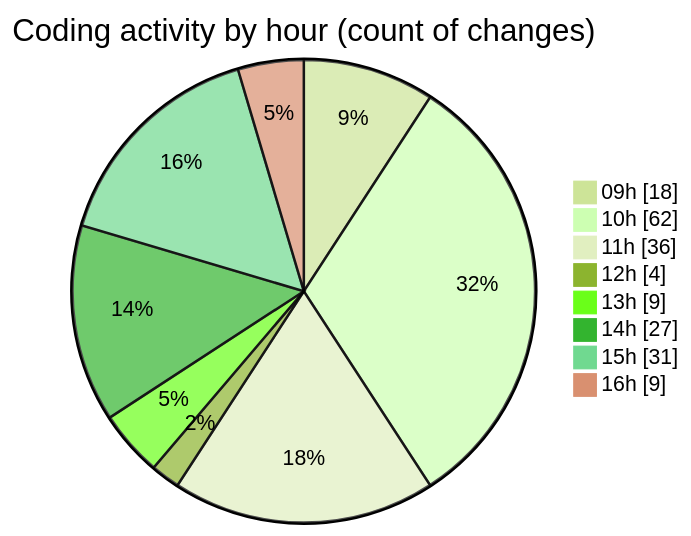
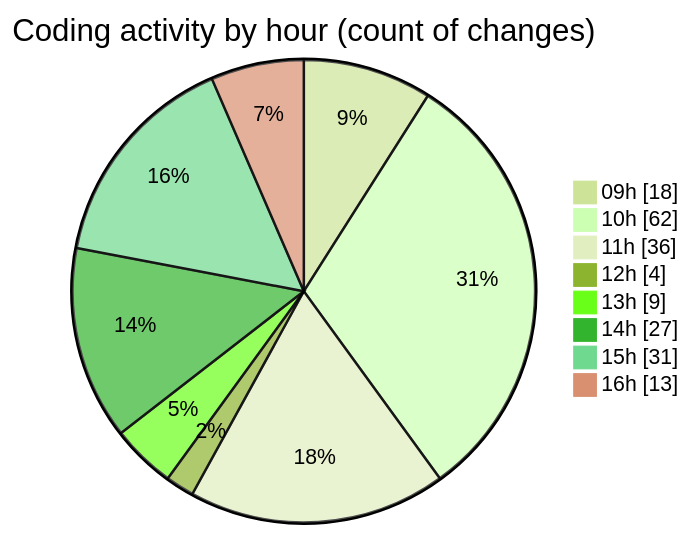
The second of 2 diagrams in 2025-07-01/cda/README.md (momahboobian/code-tracking), drawn with Mermaid (forest theme) before and after one commit. The commit also changed other lines of this file and 1 other file, not shown here.

````diff
--- a/2025-07-01/cda/README.md
+++ b/2025-07-01/cda/README.md
@@ -53,12 +53,12 @@
 ```mermaid
 pie showData
 title Coding activity by hour (count of changes)
 "09h" : 18
 "10h" : 62
 "11h" : 36
 "12h" : 4
 "13h" : 9
 "14h" : 27
 "15h" : 31
-"16h" : 9
+"16h" : 13
 ```
````
